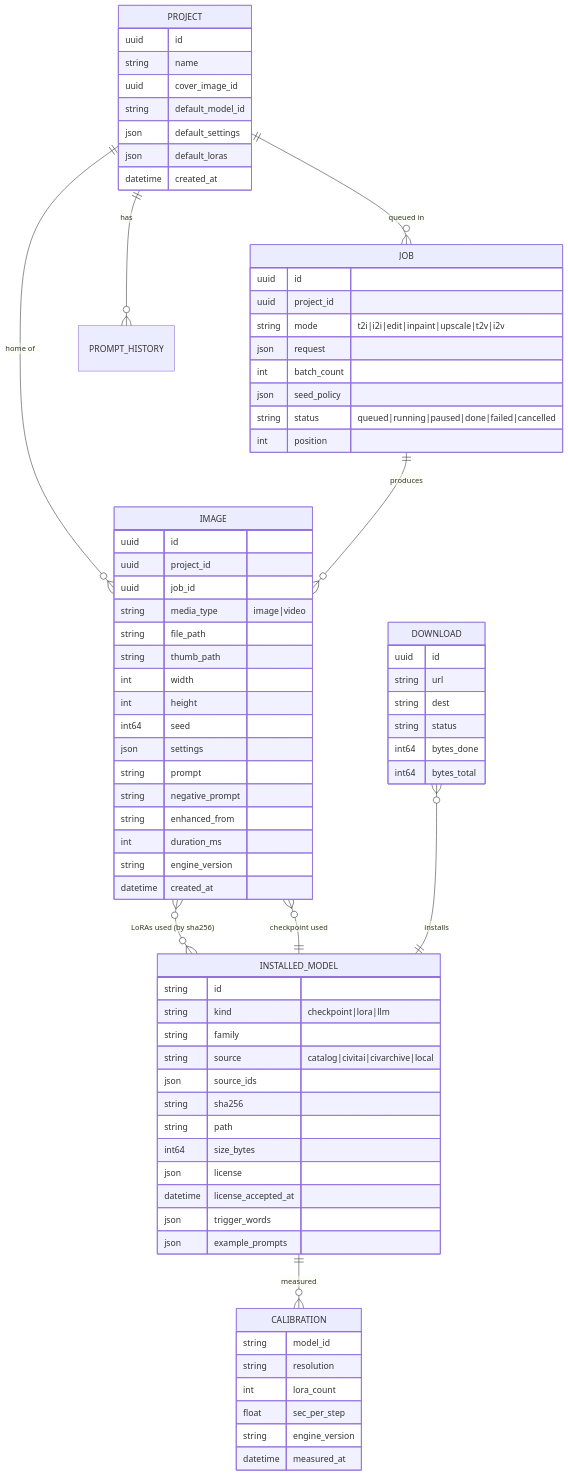
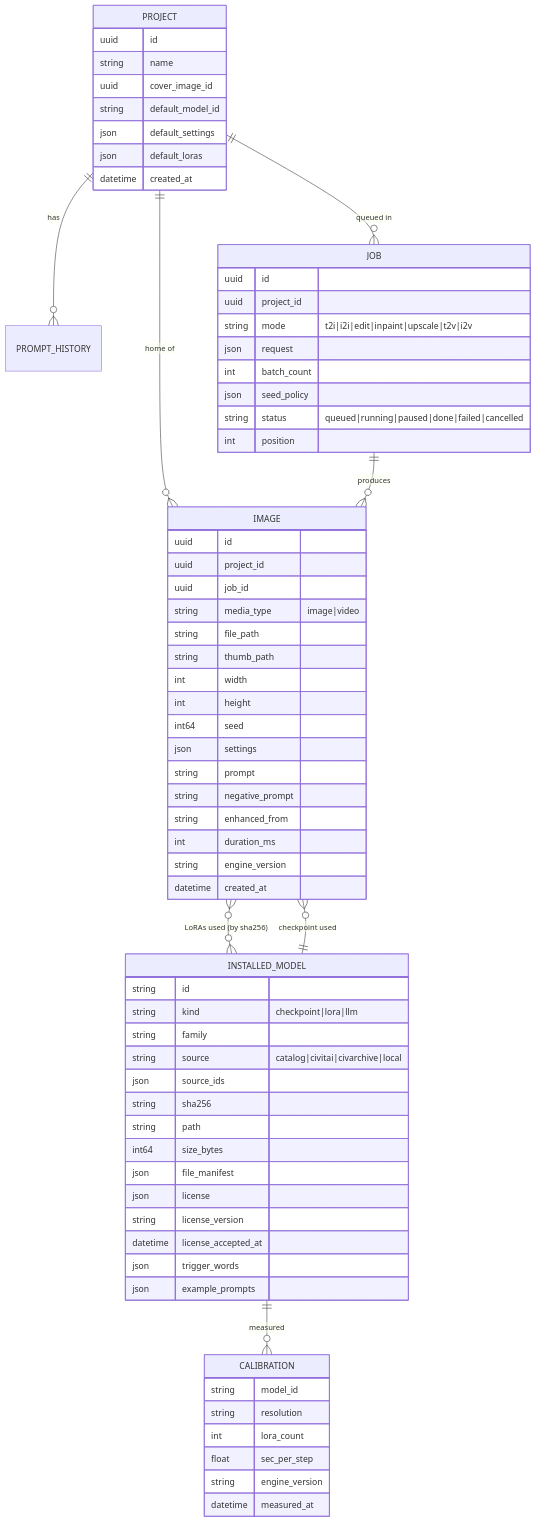
The fifth of 5 diagrams in docs/HLD.md (fearless-holdings/mlx-create), drawn with Mermaid before and after one commit. The commit also changed other lines of this file and 1 other file, not shown here.

Commit message:
docs(hld): D26 Krea license gate, D27 signed catalog trust root; models LLD (U1, R3, R5, R8)

````diff
--- a/docs/HLD.md
+++ b/docs/HLD.md
@@ -465,79 +467,72 @@
 ```mermaid
 erDiagram
   PROJECT ||--o{ IMAGE : "home of"
   PROJECT ||--o{ PROMPT_HISTORY : has
   PROJECT ||--o{ JOB : "queued in"
   JOB ||--o{ IMAGE : produces
   INSTALLED_MODEL ||--o{ IMAGE : "checkpoint used"
   IMAGE }o--o{ INSTALLED_MODEL : "LoRAs used (by sha256)"
   INSTALLED_MODEL ||--o{ CALIBRATION : measured
-  DOWNLOAD }o--|| INSTALLED_MODEL : installs
 
   PROJECT {
     uuid id
     string name
     uuid cover_image_id
     string default_model_id
     json default_settings
     json default_loras
     datetime created_at
   }
   JOB {
     uuid id
     uuid project_id
     string mode "t2i|i2i|edit|inpaint|upscale|t2v|i2v"
     json request
     int batch_count
     json seed_policy
     string status "queued|running|paused|done|failed|cancelled"
     int position
   }
   IMAGE {
     uuid id
     uuid project_id
     uuid job_id
     string media_type "image|video"
     string file_path
     string thumb_path
     int width
     int height
     int64 seed
     json settings
     string prompt
     string negative_prompt
     string enhanced_from
     int duration_ms
     string engine_version
     datetime created_at
   }
   INSTALLED_MODEL {
     string id
     string kind "checkpoint|lora|llm"
     string family
     string source "catalog|civitai|civarchive|local"
     json source_ids
     string sha256
     string path
     int64 size_bytes
+    json file_manifest
     json license
+    string license_version
     datetime license_accepted_at
     json trigger_words
     json example_prompts
   }
   CALIBRATION {
     string model_id
     string resolution
     int lora_count
     float sec_per_step
     string engine_version
     datetime measured_at
   }
-  DOWNLOAD {
-    uuid id
-    string url
-    string dest
-    string status
-    int64 bytes_done
-    int64 bytes_total
-  }
 ```
````
